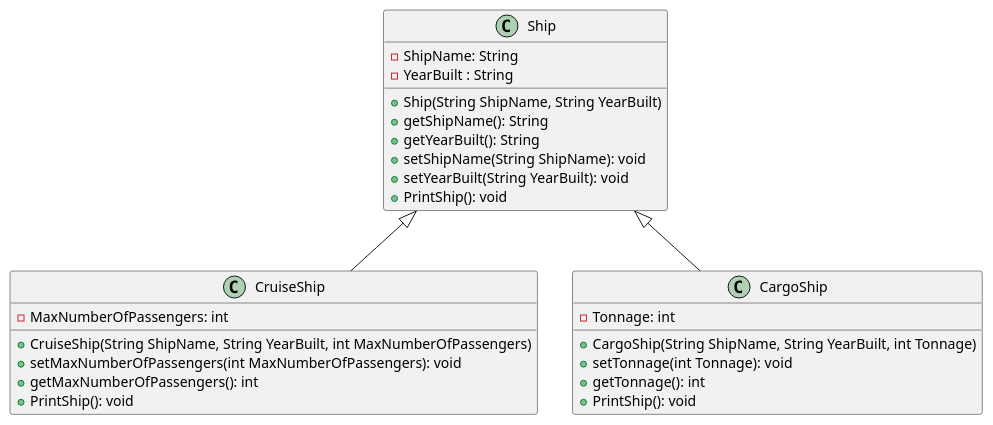
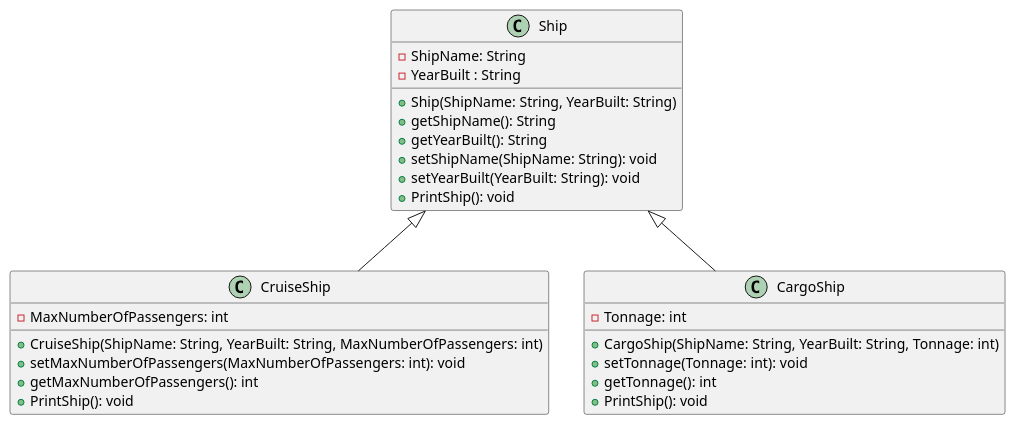
One commit to retrinidad/CS5800_Homework_3 changed the diagram in Part 2 Class Diagram.puml. Above: the diagram before and after it, drawn with PlantUML. The commit also changed 3 other files, not shown here.

```diff
--- a/Part 2 Class Diagram.puml
+++ b/Part 2 Class Diagram.puml
@@ -1,37 +1,37 @@
 @startuml
 'https://plantuml.com/class-diagram
 
 Ship <|-- CruiseShip
 Ship <|-- CargoShip
 
 class Ship {
 -ShipName: String
 -YearBuilt : String
 
-+Ship(String ShipName, String YearBuilt)
++Ship(ShipName: String, YearBuilt: String)
 +getShipName(): String
 +getYearBuilt(): String
-+setShipName(String ShipName): void
-+setYearBuilt(String YearBuilt): void
++setShipName(ShipName: String): void
++setYearBuilt(YearBuilt: String): void
 +PrintShip(): void
 }
 
 class CruiseShip{
 -MaxNumberOfPassengers: int
 
-+CruiseShip(String ShipName, String YearBuilt, int MaxNumberOfPassengers)
-+setMaxNumberOfPassengers(int MaxNumberOfPassengers): void
++CruiseShip(ShipName: String, YearBuilt: String, MaxNumberOfPassengers: int)
++setMaxNumberOfPassengers(MaxNumberOfPassengers: int): void
 +getMaxNumberOfPassengers(): int
 +PrintShip(): void
 }
 
 class CargoShip{
 -Tonnage: int
 
-+CargoShip(String ShipName, String YearBuilt, int Tonnage)
-+setTonnage(int Tonnage): void
++CargoShip(ShipName: String, YearBuilt: String, Tonnage: int)
++setTonnage(Tonnage: int): void
 +getTonnage(): int
 +PrintShip(): void
 }
 
 @enduml
```
